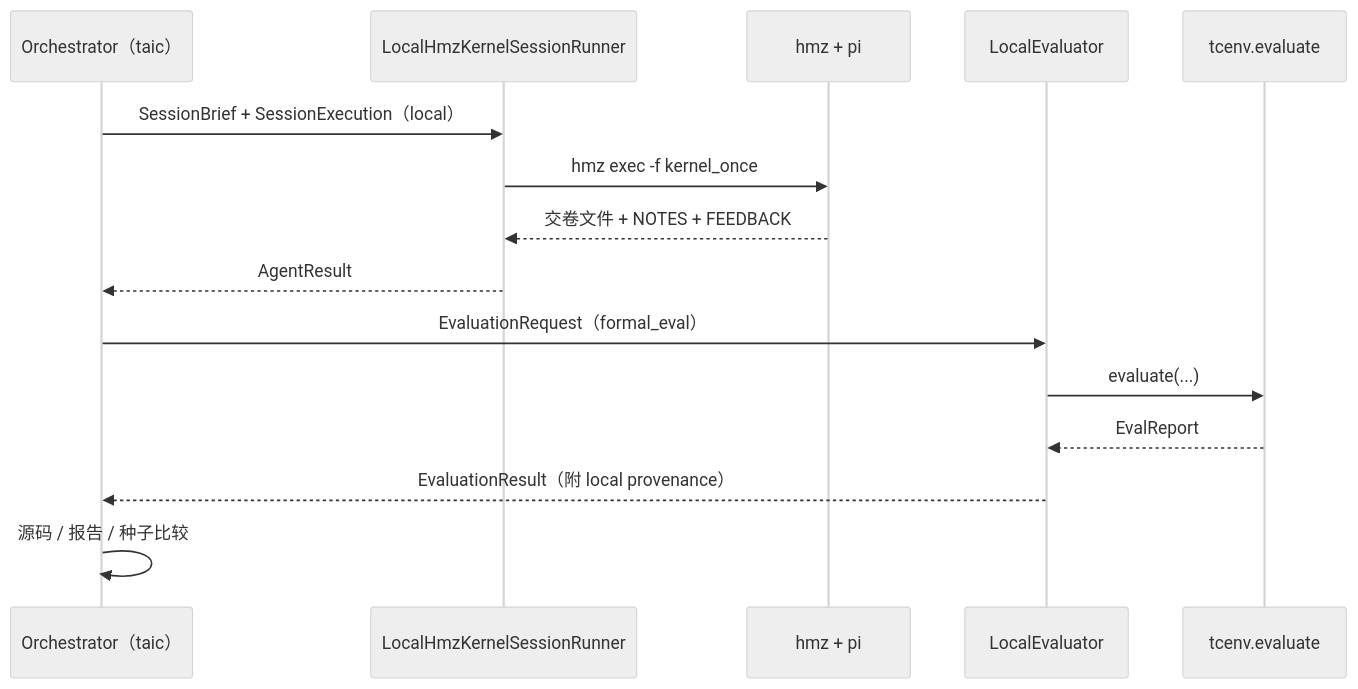
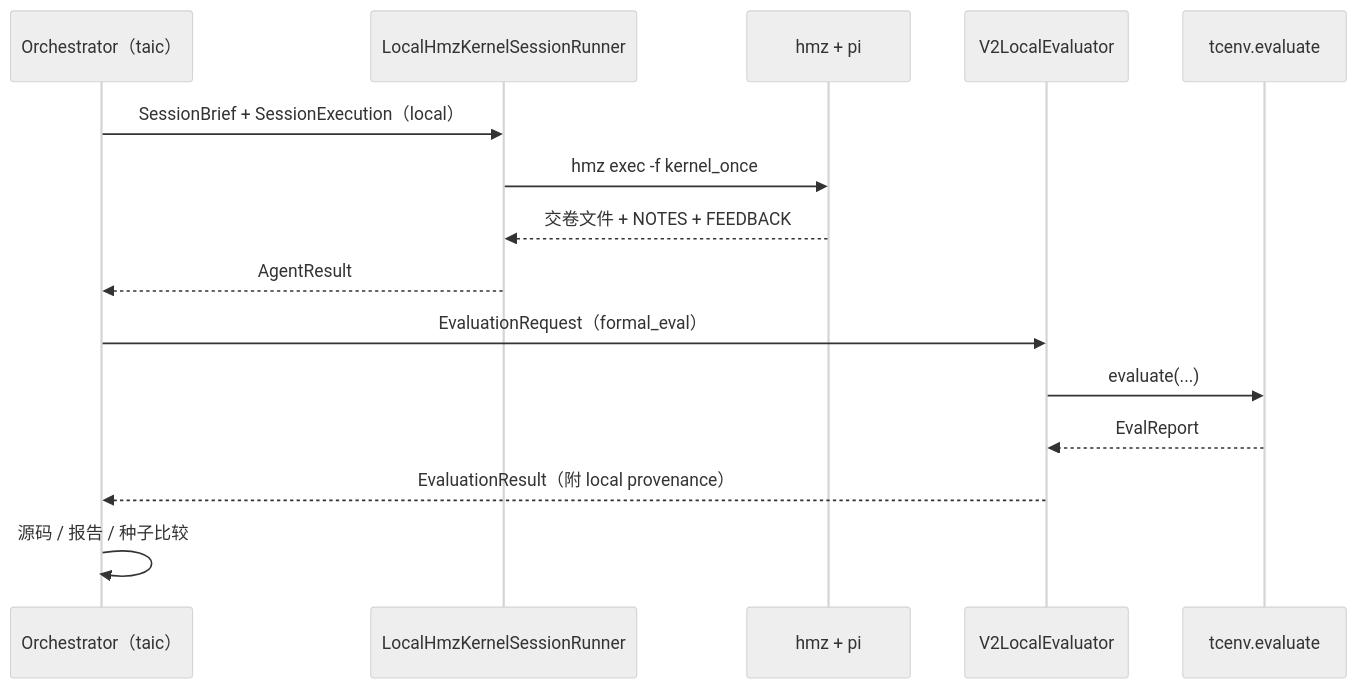
One commit to kuafuwang/ShapeForge changed the third of 9 diagrams in docs/架构/执行运行时与设备扩展.md. Above: the diagram before and after it, drawn with Mermaid (neutral theme). The commit also changed other lines of this file and 93 other files, not shown here.

````diff
--- a/docs/架构/执行运行时与设备扩展.md
+++ b/docs/架构/执行运行时与设备扩展.md
@@ -102,18 +102,18 @@
 ```mermaid
 sequenceDiagram
   participant O as Orchestrator（taic）
   participant R as LocalHmzKernelSessionRunner
   participant M as hmz + pi
-  participant L as LocalEvaluator
+  participant L as V2LocalEvaluator
   participant V as tcenv.evaluate
 
   O->>R: SessionBrief + SessionExecution（local）
   R->>M: hmz exec -f kernel_once
   M-->>R: 交卷文件 + NOTES + FEEDBACK
   R-->>O: AgentResult
   O->>L: EvaluationRequest（formal_eval）
   L->>V: evaluate(...)
   V-->>L: EvalReport
   L-->>O: EvaluationResult（附 local provenance）
   O->>O: 源码 / 报告 / 种子比较
 ```
````
